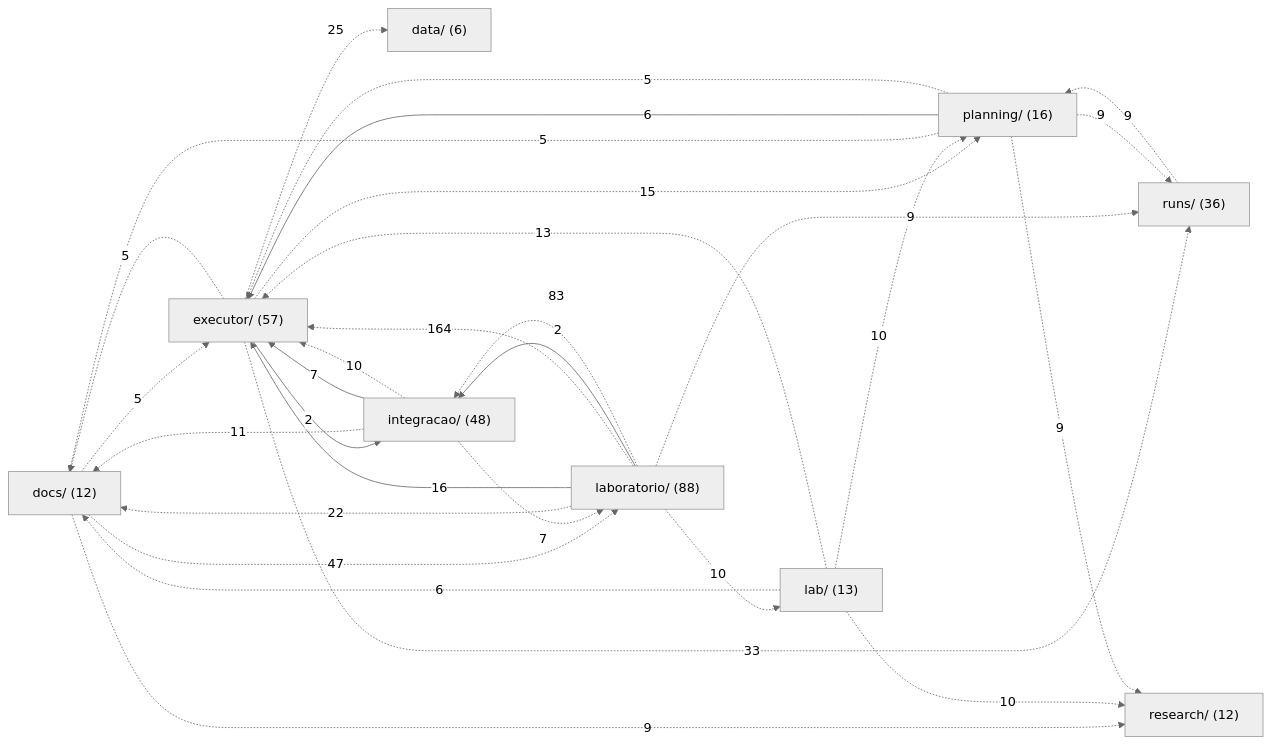
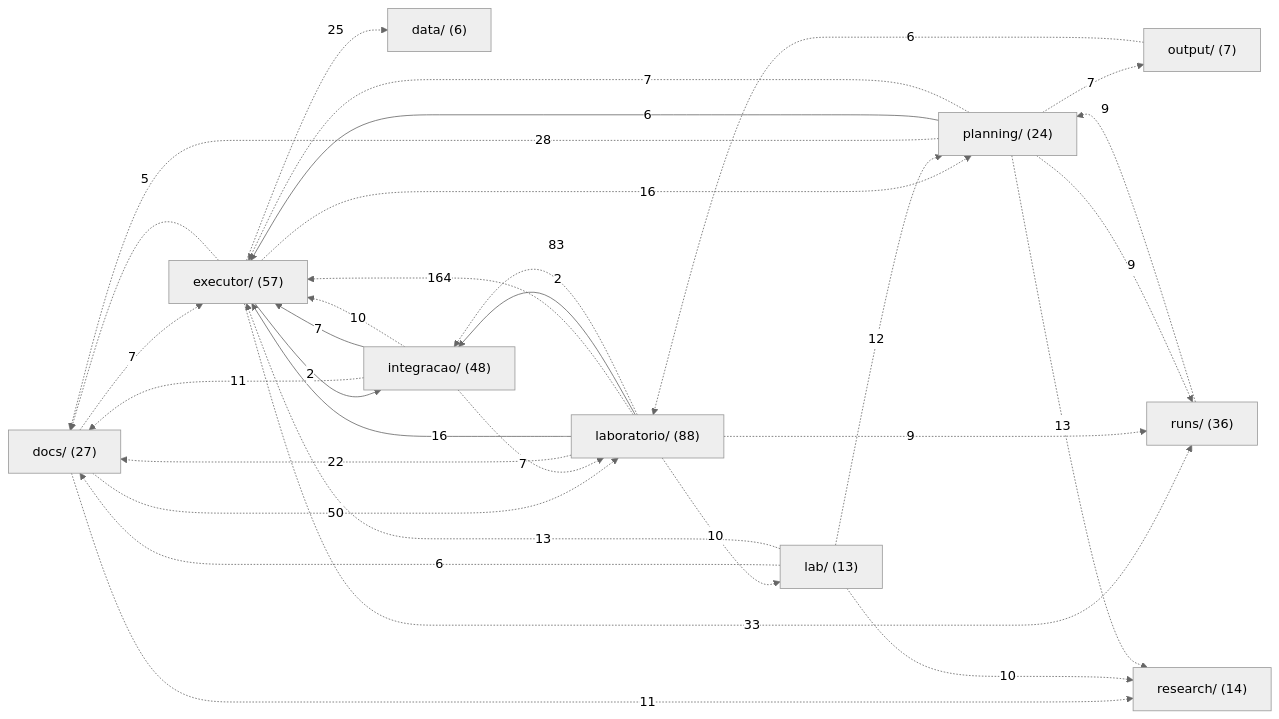
Before and after one commit to igormorais123/JEV: the second of 3 diagrams in MAPA.md, drawn with Mermaid (neutral theme). The commit also changed other lines of this file and 109 other files, not shown here.

````diff
--- a/MAPA.md
+++ b/MAPA.md
@@ -142,41 +148,44 @@
 ```mermaid
 flowchart LR
   n_data["data/ (6)"]
-  n_docs["docs/ (12)"]
+  n_docs["docs/ (27)"]
   n_executor["executor/ (57)"]
   n_integracao["integracao/ (48)"]
   n_lab["lab/ (13)"]
   n_laboratorio["laboratorio/ (88)"]
-  n_planning["planning/ (16)"]
-  n_research["research/ (12)"]
+  n_output["output/ (7)"]
+  n_planning["planning/ (24)"]
+  n_research["research/ (14)"]
   n_runs["runs/ (36)"]
-  n_docs -.->|5| n_executor
-  n_docs -.->|47| n_laboratorio
-  n_docs -.->|9| n_research
+  n_docs -.->|7| n_executor
+  n_docs -.->|50| n_laboratorio
+  n_docs -.->|11| n_research
   n_executor -.->|25| n_data
   n_executor -.->|5| n_docs
   n_executor -->|2| n_integracao
-  n_executor -.->|15| n_planning
+  n_executor -.->|16| n_planning
   n_executor -.->|33| n_runs
   n_integracao -.->|11| n_docs
   n_integracao -->|7| n_executor
   n_integracao -.->|10| n_executor
   n_integracao -.->|7| n_laboratorio
   n_lab -.->|6| n_docs
   n_lab -.->|13| n_executor
-  n_lab -.->|10| n_planning
+  n_lab -.->|12| n_planning
   n_lab -.->|10| n_research
   n_laboratorio -.->|22| n_docs
   n_laboratorio -->|16| n_executor
   n_laboratorio -.->|164| n_executor
   n_laboratorio -->|2| n_integracao
   n_laboratorio -.->|83| n_integracao
   n_laboratorio -.->|10| n_lab
   n_laboratorio -.->|9| n_runs
-  n_planning -.->|5| n_docs
+  n_output -.->|6| n_laboratorio
+  n_planning -.->|28| n_docs
   n_planning -->|6| n_executor
-  n_planning -.->|5| n_executor
-  n_planning -.->|9| n_research
+  n_planning -.->|7| n_executor
+  n_planning -.->|7| n_output
+  n_planning -.->|13| n_research
   n_planning -.->|9| n_runs
   n_runs -.->|9| n_planning
 ```
````
